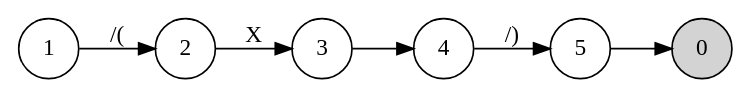
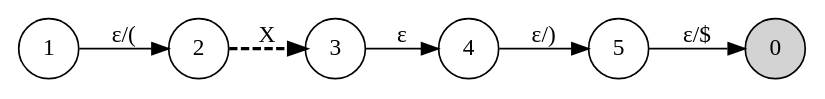
One commit to rdentato/yrx changed the diagram in doc/dot/capt.dot. Above: the diagram before and after it, drawn with Graphviz. The commit also changed other lines of this file and 8 other files, not shown here.

```diff
--- a/doc/dot/capt.dot
+++ b/doc/dot/capt.dot
@@ -1,10 +1,10 @@
 digraph finite_state_machine {
         rankdir=LR;
         node [shape = circle];
         0 [  style= filled, label = "0"] ;
-        1 -> 2 [ label = "/(" ] ;
-        2 -> 3 [ label = "X" ] ;
-        3 -> 4 [ label = "" ] ;
-        4 -> 5 [ label = "/)" ] ;
-        5 -> 0 [ label = "" ] ;
+        1 -> 2 [ label = "&epsilon;/(" ] ;
+        2 -> 3 [ label = "X" style="bold,dashed" ] ;
+        3 -> 4 [ label = "&epsilon;" ] ;
+        4 -> 5 [ label = "&epsilon;/)" ] ;
+        5 -> 0 [ label = "&epsilon;/$" ] ;
 }
```
